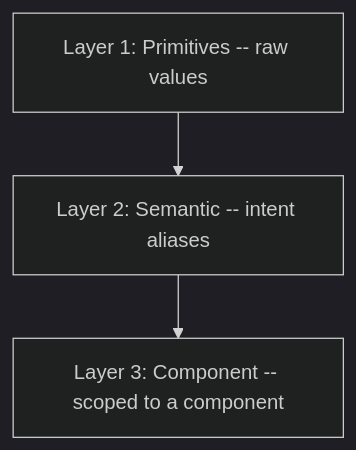
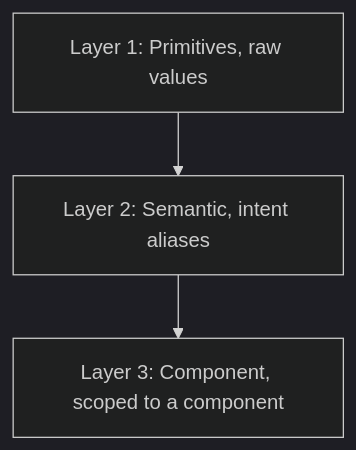
The first of 6 diagrams in apps/web/src/content/projects/design-system-ships-itself-en.md (karenrebecag/Portfolio2026), drawn with Mermaid (dark theme) before and after one commit. The commit also changed other lines of this file and 2 other files, not shown here.

````diff
--- a/apps/web/src/content/projects/design-system-ships-itself-en.md
+++ b/apps/web/src/content/projects/design-system-ships-itself-en.md
@@ -130,5 +133,5 @@
 ```mermaid Layer hierarchy
 graph TD
-  P["Layer 1: Primitives -- raw values"] --> S["Layer 2: Semantic -- intent aliases"]
-  S --> C["Layer 3: Component -- scoped to a component"]
+  P["Layer 1: Primitives, raw values"] --> S["Layer 2: Semantic, intent aliases"]
+  S --> C["Layer 3: Component, scoped to a component"]
 ```
````
